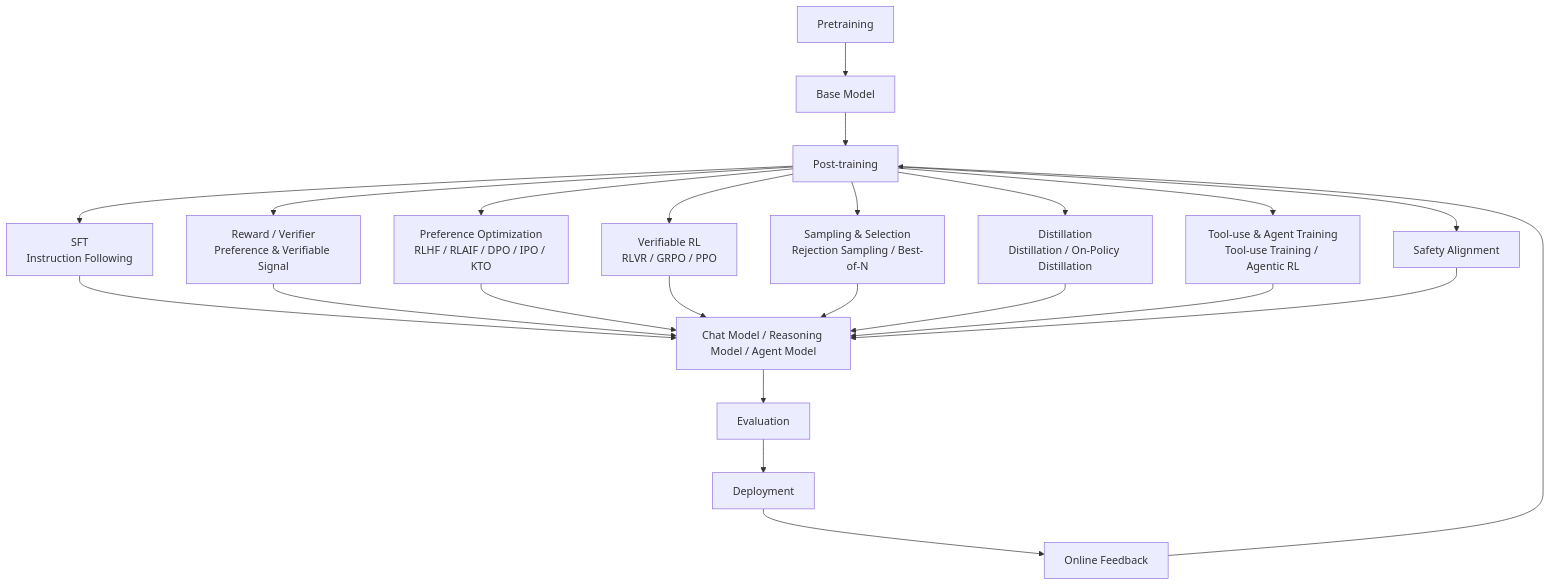
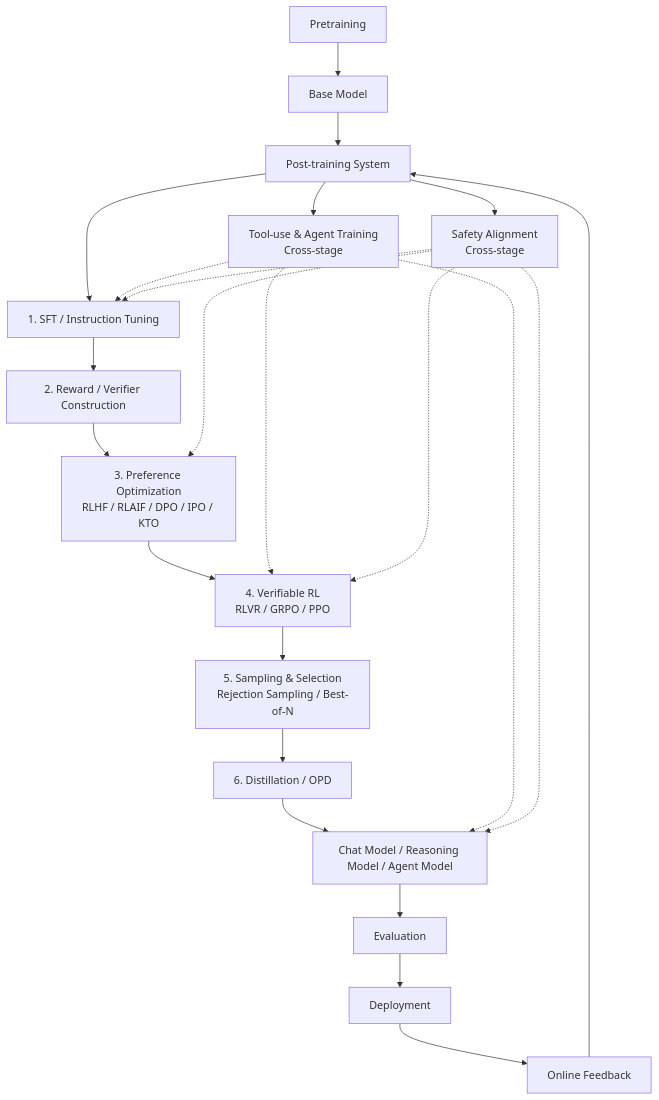
The diagram in references/01_pipeline/01g_post_training.md (7Hu0v0/lets_build_an_llm), drawn with Mermaid before and after one commit.

````diff
--- a/references/01_pipeline/01g_post_training.md
+++ b/references/01_pipeline/01g_post_training.md
@@ -72,28 +71,29 @@
 ```mermaid
 flowchart TD
     A[Pretraining] --> B[Base Model]
-    B --> C[Post-training]
-    
-    C --> C1[SFT<br/>Instruction Following]
-    C --> C2[Reward / Verifier<br/>Preference & Verifiable Signal]
-    C --> C3[Preference Optimization<br/>RLHF / RLAIF / DPO / IPO / KTO]
-    C --> C4[Verifiable RL<br/>RLVR / GRPO / PPO]
-    C --> C5[Sampling & Selection<br/>Rejection Sampling / Best-of-N]
-    C --> C6[Distillation<br/>Distillation / On-Policy Distillation]
-    C --> C7[Tool-use & Agent Training<br/>Tool-use Training / Agentic RL]
-    C --> C8[Safety Alignment]
-    
-    C1 --> D[Chat Model / Reasoning Model / Agent Model]
-    C2 --> D
-    C3 --> D
-    C4 --> D
-    C5 --> D
-    C6 --> D
-    C7 --> D
-    C8 --> D
-    
+    B --> C[Post-training System]
+
+    C --> S1[1. SFT / Instruction Tuning]
+    S1 --> S2[2. Reward / Verifier Construction]
+    S2 --> S3[3. Preference Optimization<br/>RLHF / RLAIF / DPO / IPO / KTO]
+    S3 --> S4[4. Verifiable RL<br/>RLVR / GRPO / PPO]
+    S4 --> S5[5. Sampling & Selection<br/>Rejection Sampling / Best-of-N]
+    S5 --> S6[6. Distillation / OPD]
+    S6 --> D[Chat Model / Reasoning Model / Agent Model]
+
+    C --> T[Tool-use & Agent Training<br/>Cross-stage]
+    T -.-> S1
+    T -.-> S4
+    T -.-> D
+
+    C --> SAFE[Safety Alignment<br/>Cross-stage]
+    SAFE -.-> S1
+    SAFE -.-> S3
+    SAFE -.-> S4
+    SAFE -.-> D
+
     D --> E[Evaluation]
     E --> F[Deployment]
     F --> G[Online Feedback]
     G --> C
 ```
````
